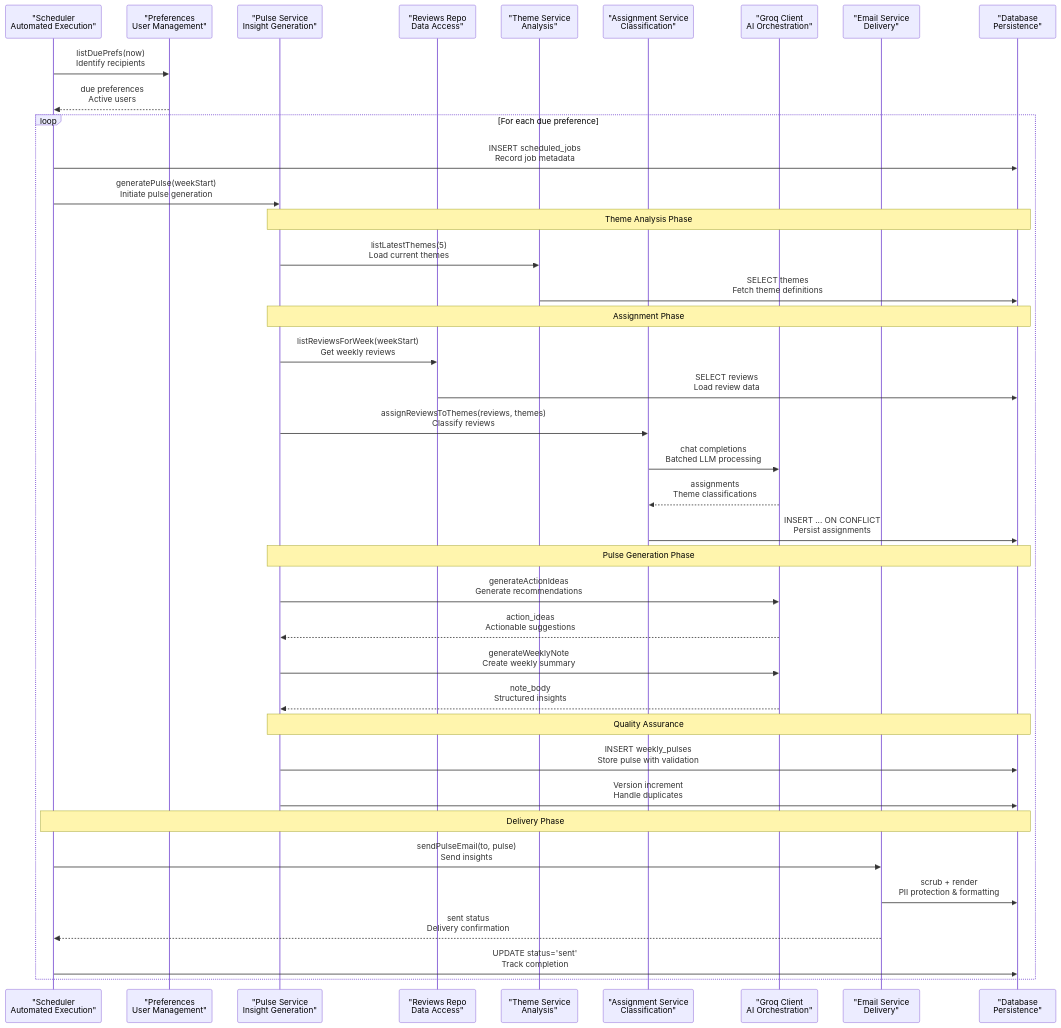
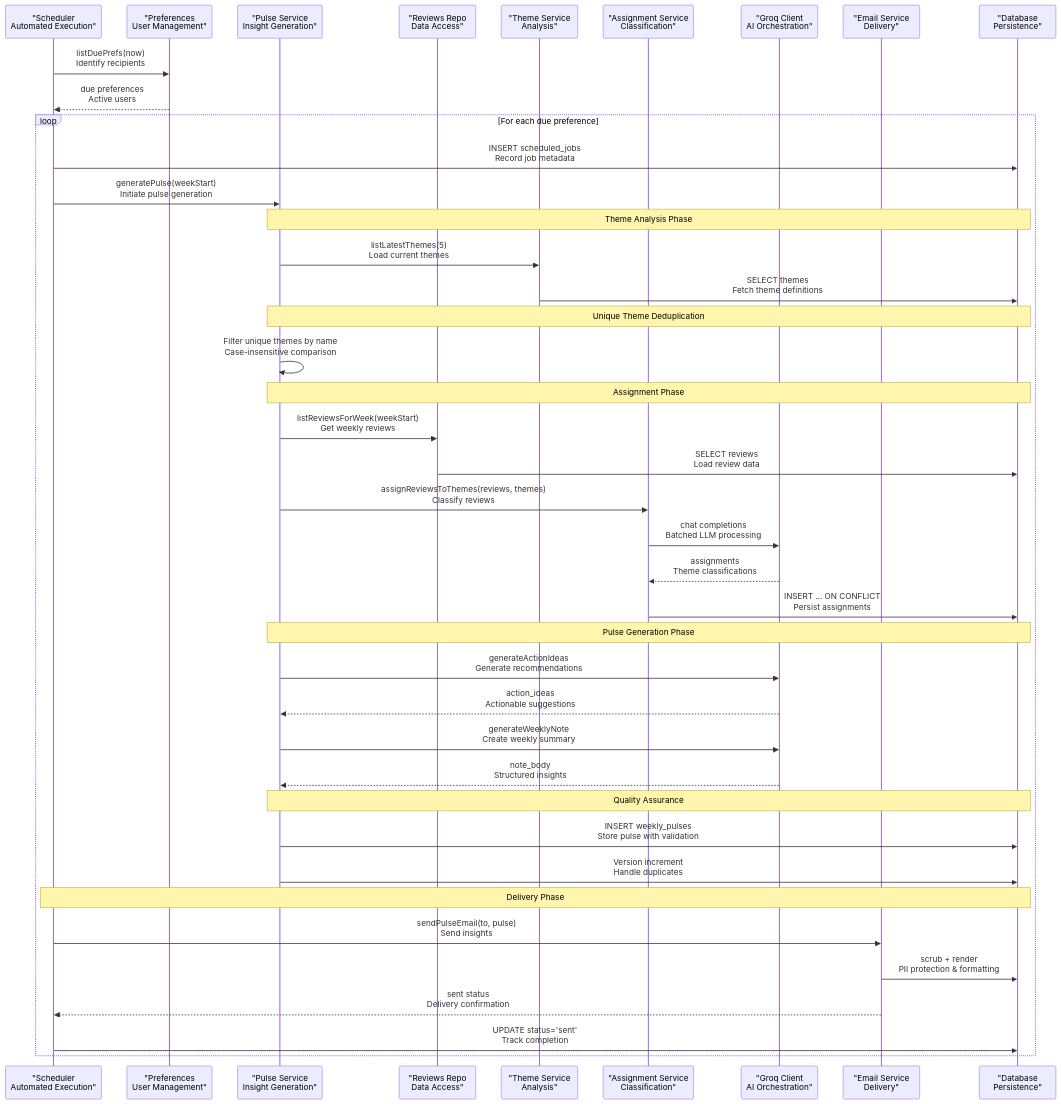
Before and after one commit to aravinthraj-ramalingam/Groww-App-Review-Insights-Analyzer-: the second of 10 diagrams in .qoder/repowiki/en/content/Phase 2_ Advanced Analytics & Automation/Weekly Pulse Generation.md, drawn with Mermaid. The commit also changed other lines of this file and 5 other files, not shown here.

````diff
--- a/.qoder/repowiki/en/content/Phase 2_ Advanced Analytics & Automation/Weekly Pulse Generation.md
+++ b/.qoder/repowiki/en/content/Phase 2_ Advanced Analytics & Automation/Weekly Pulse Generation.md
@@ -151,41 +163,43 @@
 ```mermaid
 sequenceDiagram
 participant Cron as "Scheduler<br/>Automated Execution"
 participant Pref as "Preferences<br/>User Management"
 participant Gen as "Pulse Service<br/>Insight Generation"
 participant Repo as "Reviews Repo<br/>Data Access"
 participant Theme as "Theme Service<br/>Analysis"
 participant Assign as "Assignment Service<br/>Classification"
 participant LLM as "Groq Client<br/>AI Orchestration"
 participant Mail as "Email Service<br/>Delivery"
 participant DB as "Database<br/>Persistence"
 Cron->>Pref : listDuePrefs(now)<br/>Identify recipients
 Pref-->>Cron : due preferences<br/>Active users
 loop For each due preference
 Cron->>DB : INSERT scheduled_jobs<br/>Record job metadata
 Cron->>Gen : generatePulse(weekStart)<br/>Initiate pulse generation
 Note over Gen,DB : Theme Analysis Phase
 Gen->>Theme : listLatestThemes(5)<br/>Load current themes
 Theme->>DB : SELECT themes<br/>Fetch theme definitions
+Note over Gen,DB : Unique Theme Deduplication
+Gen->>Gen : Filter unique themes by name<br/>Case-insensitive comparison
 Note over Gen,DB : Assignment Phase
 Gen->>Repo : listReviewsForWeek(weekStart)<br/>Get weekly reviews
 Repo->>DB : SELECT reviews<br/>Load review data
 Gen->>Assign : assignReviewsToThemes(reviews, themes)<br/>Classify reviews
 Assign->>LLM : chat completions<br/>Batched LLM processing
 LLM-->>Assign : assignments<br/>Theme classifications
 Assign->>DB : INSERT ... ON CONFLICT<br/>Persist assignments
 Note over Gen,DB : Pulse Generation Phase
 Gen->>LLM : generateActionIdeas<br/>Generate recommendations
 LLM-->>Gen : action_ideas<br/>Actionable suggestions
 Gen->>LLM : generateWeeklyNote<br/>Create weekly summary
 LLM-->>Gen : note_body<br/>Structured insights
 Note over Gen,DB : Quality Assurance
 Gen->>DB : INSERT weekly_pulses<br/>Store pulse with validation
 Gen->>DB : Version increment<br/>Handle duplicates
 Note over Cron,DB : Delivery Phase
 Cron->>Mail : sendPulseEmail(to, pulse)<br/>Send insights
 Mail->>DB : scrub + render<br/>PII protection & formatting
 Mail-->>Cron : sent status<br/>Delivery confirmation
 Cron->>DB : UPDATE status='sent'<br/>Track completion
 end
 ```
````
